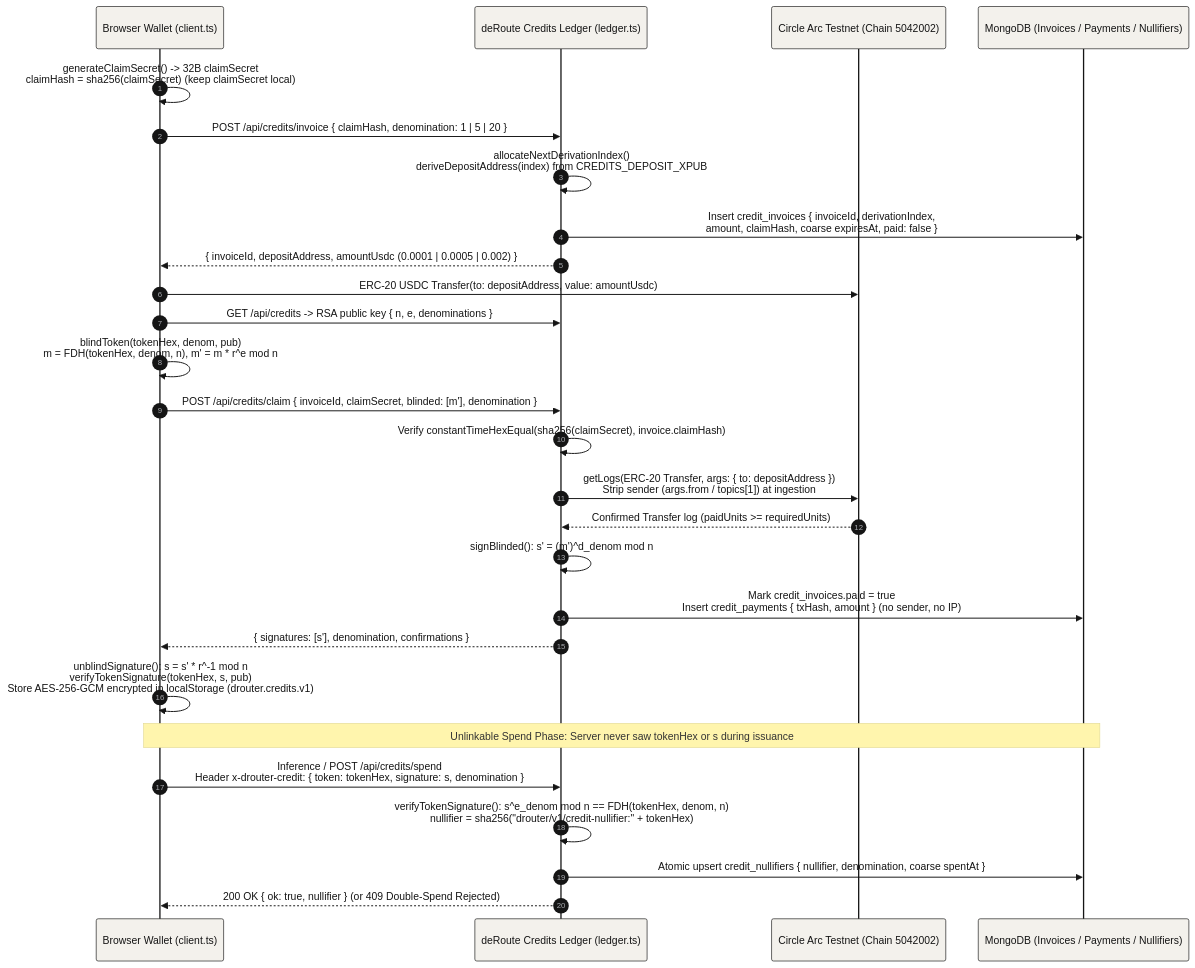
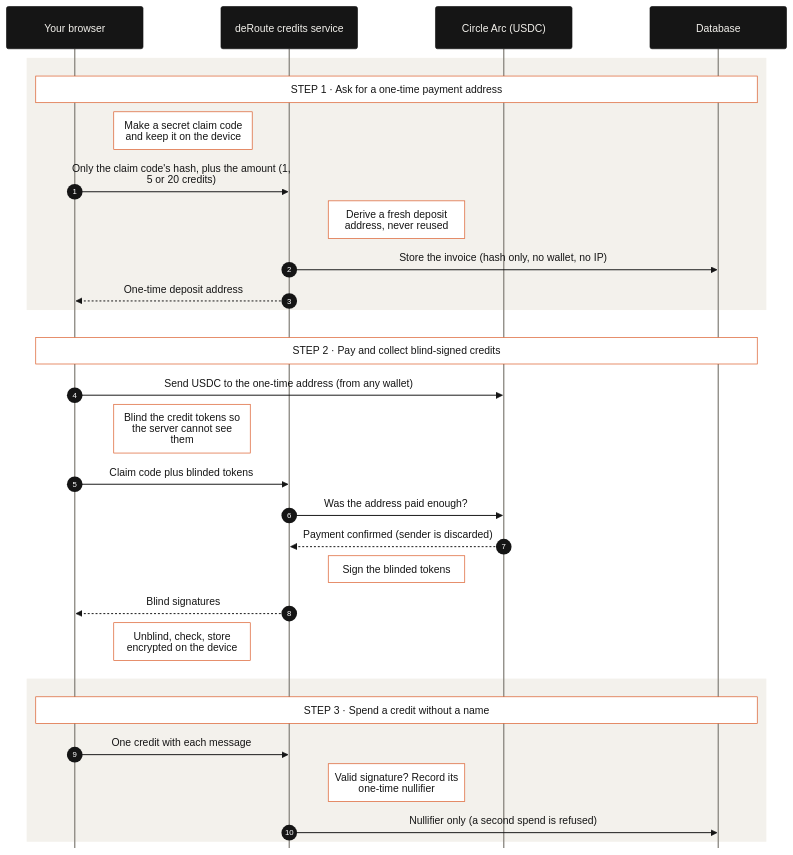
One commit to thepigdestroyer/drouter changed the diagram in docs/diagrams/sections/08-payments.md. Above: the diagram before and after it, drawn with Mermaid. The commit also changed 13 other files, not shown here.

Commit message:
Diagrams: chat, agent and payment sequences redrawn with solid ink arrows, numbered steps, four plain phases on light bands (readable in GitHub dark mode), no labels under lifelines

````diff
--- a/docs/diagrams/sections/08-payments.md
+++ b/docs/diagrams/sections/08-payments.md
@@ -5,36 +5,37 @@
 ```mermaid
-%%{init: {"theme":"base","themeVariables":{"primaryColor":"#f3f1ec","primaryTextColor":"#151515","primaryBorderColor":"#151515","lineColor":"#595752","secondaryColor":"#ffffff","tertiaryColor":"#f3f1ec","fontFamily":"Georgia, serif"}}}%%
+%%{init: {"theme":"base","themeVariables":{"fontFamily":"Georgia, serif","fontSize":"16px","actorBkg":"#151515","actorTextColor":"#f3f1ec","actorBorder":"#151515","actorLineColor":"#8a8780","signalColor":"#151515","signalTextColor":"#151515","noteBkgColor":"#ffffff","noteBorderColor":"#d9531e","noteTextColor":"#151515","sequenceNumberColor":"#ffffff","labelBoxBkgColor":"#151515","labelTextColor":"#f3f1ec"},"themeCSS":".messageLine0,.messageLine1{stroke-width:2.4px;} .messageText{font-weight:600;} marker path{fill:#151515;stroke:#151515;}","sequence":{"mirrorActors":false,"wrap":true,"width":210,"actorMargin":120,"messageMargin":34,"boxMargin":14,"noteMargin":12}}}%%
 sequenceDiagram
   autonumber
-  participant Browser as Browser Wallet (client.ts)
-  participant Server as deRoute Credits Ledger (ledger.ts)
-  participant Arc as Circle Arc Testnet (Chain 5042002)
-  participant Mongo as MongoDB (Invoices / Payments / Nullifiers)
+  participant B as Your browser
+  participant S as deRoute credits service
+  participant A as Circle Arc (USDC)
+  participant D as Database
 
-  Browser->>Browser: generateClaimSecret() -> 32B claimSecret<br/>claimHash = sha256(claimSecret) (keep claimSecret local)
-  Browser->>Server: POST /api/credits/invoice { claimHash, denomination: 1 | 5 | 20 }
-  Server->>Server: allocateNextDerivationIndex()<br/>deriveDepositAddress(index) from CREDITS_DEPOSIT_XPUB
-  Server->>Mongo: Insert credit_invoices { invoiceId, derivationIndex,<br/>amount, claimHash, coarse expiresAt, paid: false }
-  Server-->>Browser: { invoiceId, depositAddress, amountUsdc (0.0001 | 0.0005 | 0.002) }
+  rect rgb(243, 241, 236)
+    Note over B,D: STEP 1 · Ask for a one-time payment address
+    Note right of B: Make a secret claim code and keep it on the device
+    B->>S: Only the claim code's hash, plus the amount (1, 5 or 20 credits)
+    Note right of S: Derive a fresh deposit address, never reused
+    S->>D: Store the invoice (hash only, no wallet, no IP)
+    S-->>B: One-time deposit address
+  end
 
-  Browser->>Arc: ERC-20 USDC Transfer(to: depositAddress, value: amountUsdc)
-  Browser->>Server: GET /api/credits -> RSA public key { n, e, denominations }
-  Browser->>Browser: blindToken(tokenHex, denom, pub)<br/>m = FDH(tokenHex, denom, n), m' = m * r^e mod n
+  rect rgb(255, 255, 255)
+    Note over B,D: STEP 2 · Pay and collect blind-signed credits
+    B->>A: Send USDC to the one-time address (from any wallet)
+    Note right of B: Blind the credit tokens so the server cannot see them
+    B->>S: Claim code plus blinded tokens
+    S->>A: Was the address paid enough?
+    A-->>S: Payment confirmed (sender is discarded)
+    Note right of S: Sign the blinded tokens
+    S-->>B: Blind signatures
+    Note right of B: Unblind, check, store encrypted on the device
+  end
 
-  Browser->>Server: POST /api/credits/claim { invoiceId, claimSecret, blinded: [m'], denomination }
-  Server->>Server: Verify constantTimeHexEqual(sha256(claimSecret), invoice.claimHash)
-  Server->>Arc: getLogs(ERC-20 Transfer, args: { to: depositAddress })<br/>Strip sender (args.from / topics[1]) at ingestion
-  Arc-->>Server: Confirmed Transfer log (paidUnits >= requiredUnits)
-  Server->>Server: signBlinded(): s' = (m')^d_denom mod n
-  Server->>Mongo: Mark credit_invoices.paid = true<br/>Insert credit_payments { txHash, amount } (no sender, no IP)
-  Server-->>Browser: { signatures: [s'], denomination, confirmations }
-
-  Browser->>Browser: unblindSignature(): s = s' * r^-1 mod n<br/>verifyTokenSignature(tokenHex, s, pub)<br/>Store AES-256-GCM encrypted in localStorage (drouter.credits.v1)
-
-  Note over Browser,Mongo: Unlinkable Spend Phase: Server never saw tokenHex or s during issuance
-
-  Browser->>Server: Inference / POST /api/credits/spend<br/>Header x-drouter-credit: { token: tokenHex, signature: s, denomination }
-  Server->>Server: verifyTokenSignature(): s^e_denom mod n == FDH(tokenHex, denom, n)<br/>nullifier = sha256("drouter/v1/credit-nullifier:" + tokenHex)
-  Server->>Mongo: Atomic upsert credit_nullifiers { nullifier, denomination, coarse spentAt }
-  Server-->>Browser: 200 OK { ok: true, nullifier } (or 409 Double-Spend Rejected)
+  rect rgb(243, 241, 236)
+    Note over B,D: STEP 3 · Spend a credit without a name
+    B->>S: One credit with each message
+    Note right of S: Valid signature? Record its one-time nullifier
+    S->>D: Nullifier only (a second spend is refused)
+  end
 ```
````
